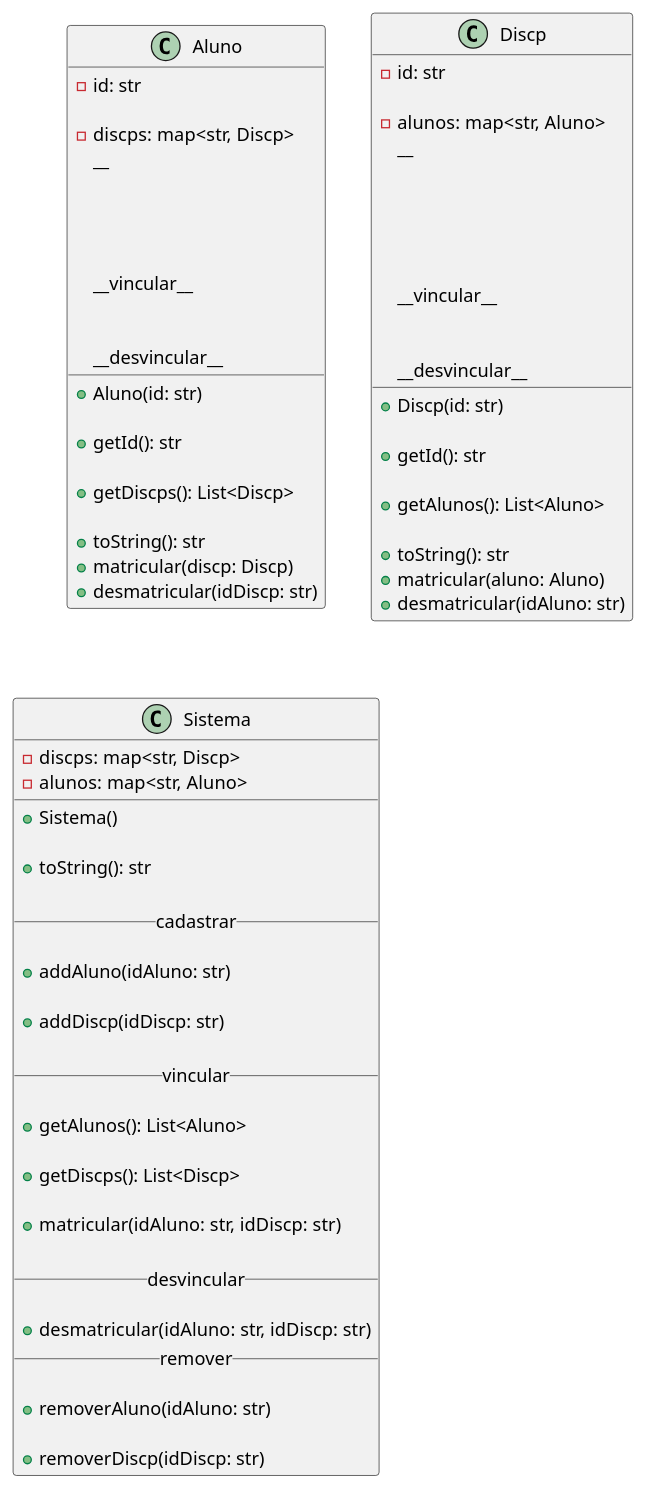
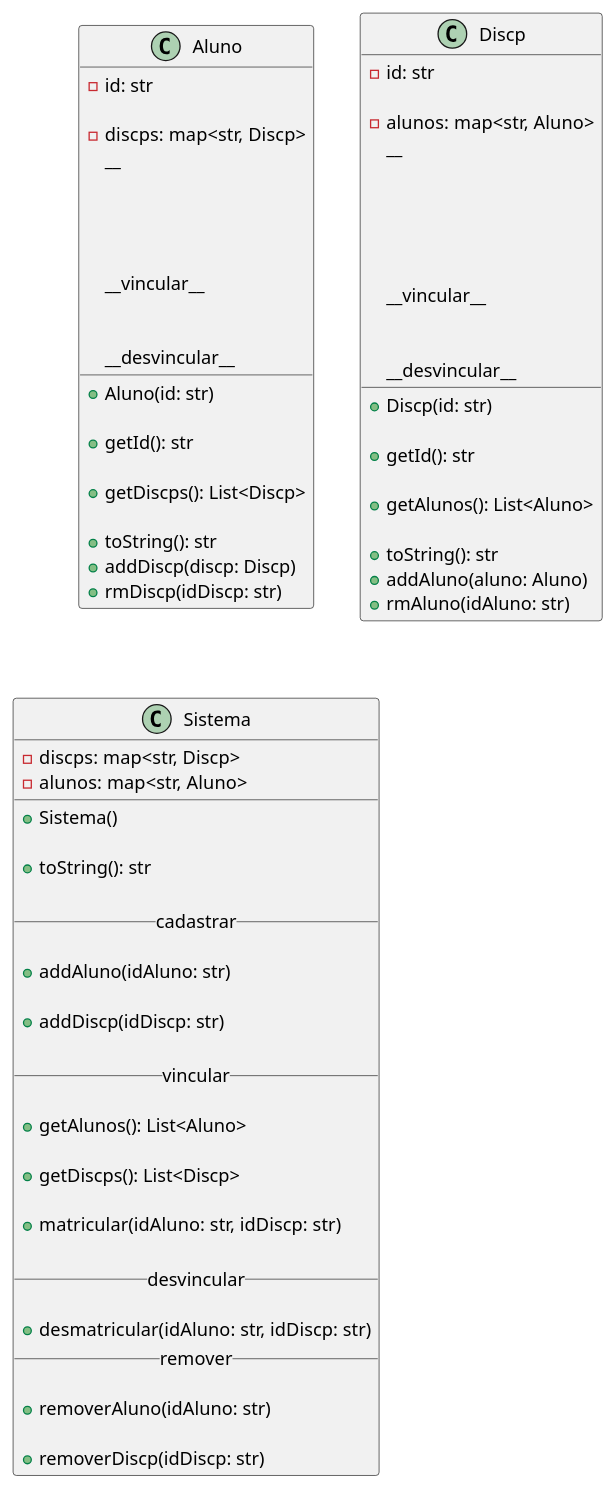
The diagram in base/021/.cache/Readme.md (qxcodepoo/arcade), drawn with PlantUML before and after one commit. The commit also changed 12 other files, not shown here.

```diff
--- a/base/021/.cache/Readme.md
+++ b/base/021/.cache/Readme.md
@@ -57,11 +57,11 @@
     __vincular__
 
     ' cria o vínculo bidirecional aluno disciplina
-    + matricular(discp: Discp)
+    + addDiscp(discp: Discp)
 
     __desvincular__
 
-    + desmatricular(idDiscp: str)
+    + rmDiscp(idDiscp: str)
 }
 
 class Discp {
@@ -83,11 +83,11 @@
     __vincular__
 
     ' cria o vínculo bidirecional aluno disciplina
-    + matricular(aluno: Aluno)
+    + addAluno(aluno: Aluno)
 
     __desvincular__
     '
-    + desmatricular(idAluno: str)
+    + rmAluno(idAluno: str)
 }
 
 class Sistema {
```
